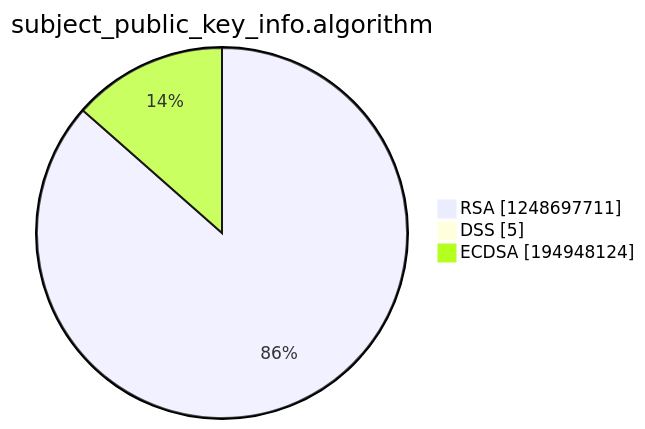
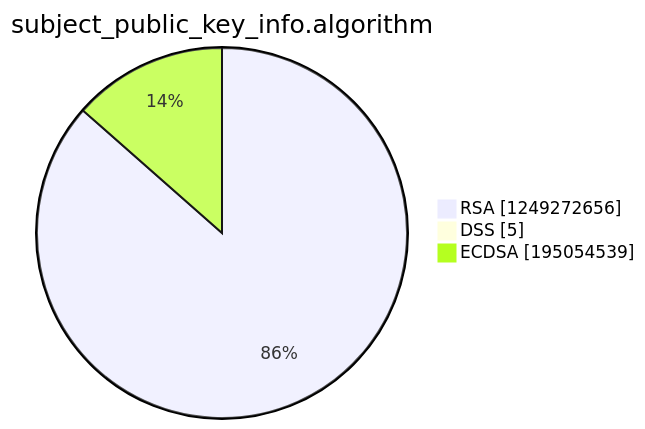
One commit to christiankrug/ctmonitor_visualization changed the third of 15 diagrams in argon2022/README.md. Above: the diagram before and after it, drawn with Mermaid. The commit also changed other lines of this file, not shown here.

````diff
--- a/argon2022/README.md
+++ b/argon2022/README.md
@@ -14,7 +14,7 @@
 ```mermaid
 pie showData
 title subject_public_key_info.algorithm
-"RSA" :1248697711
+"RSA" :1249272656
 "DSS" :5
-"ECDSA" :194948124
+"ECDSA" :195054539
 ```
````
